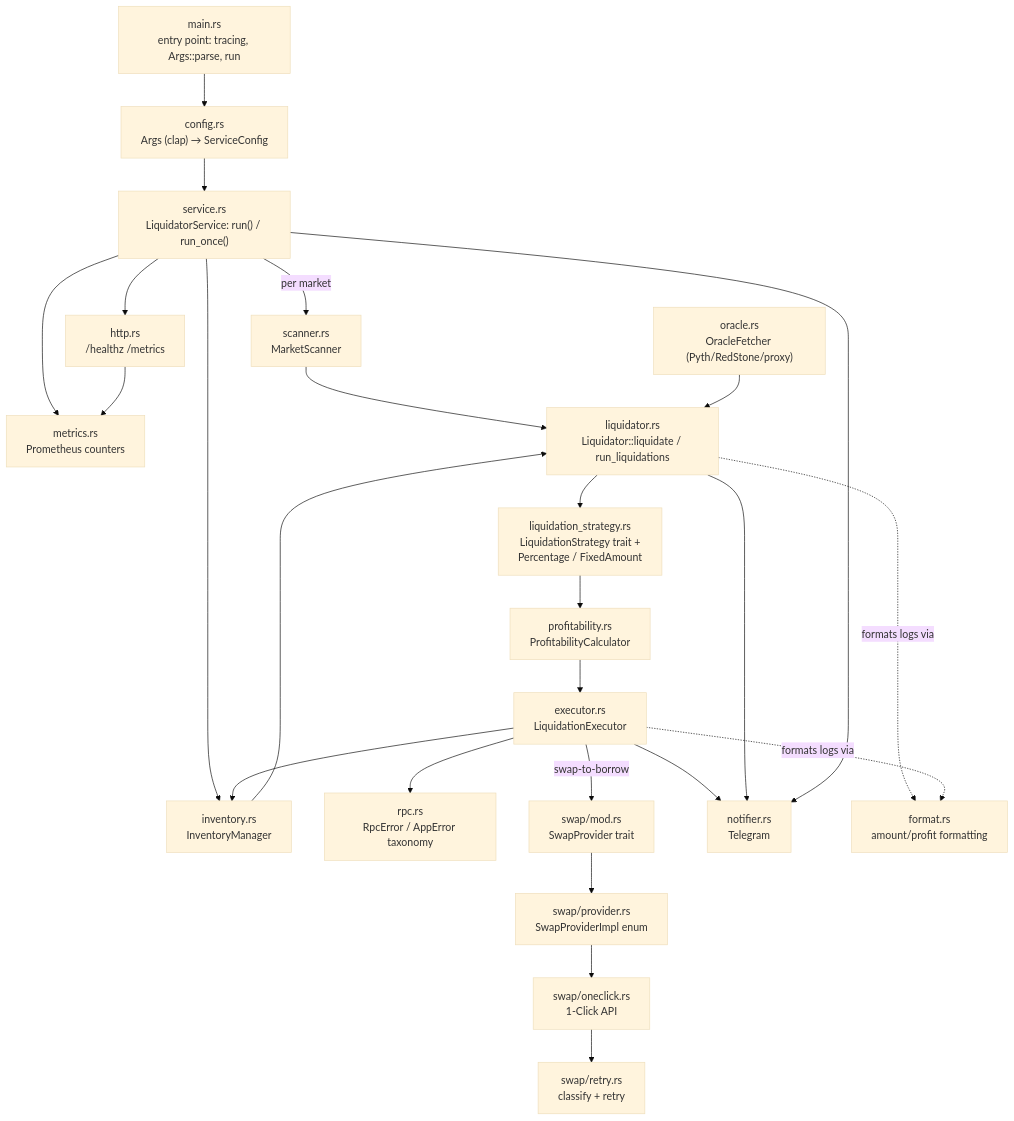
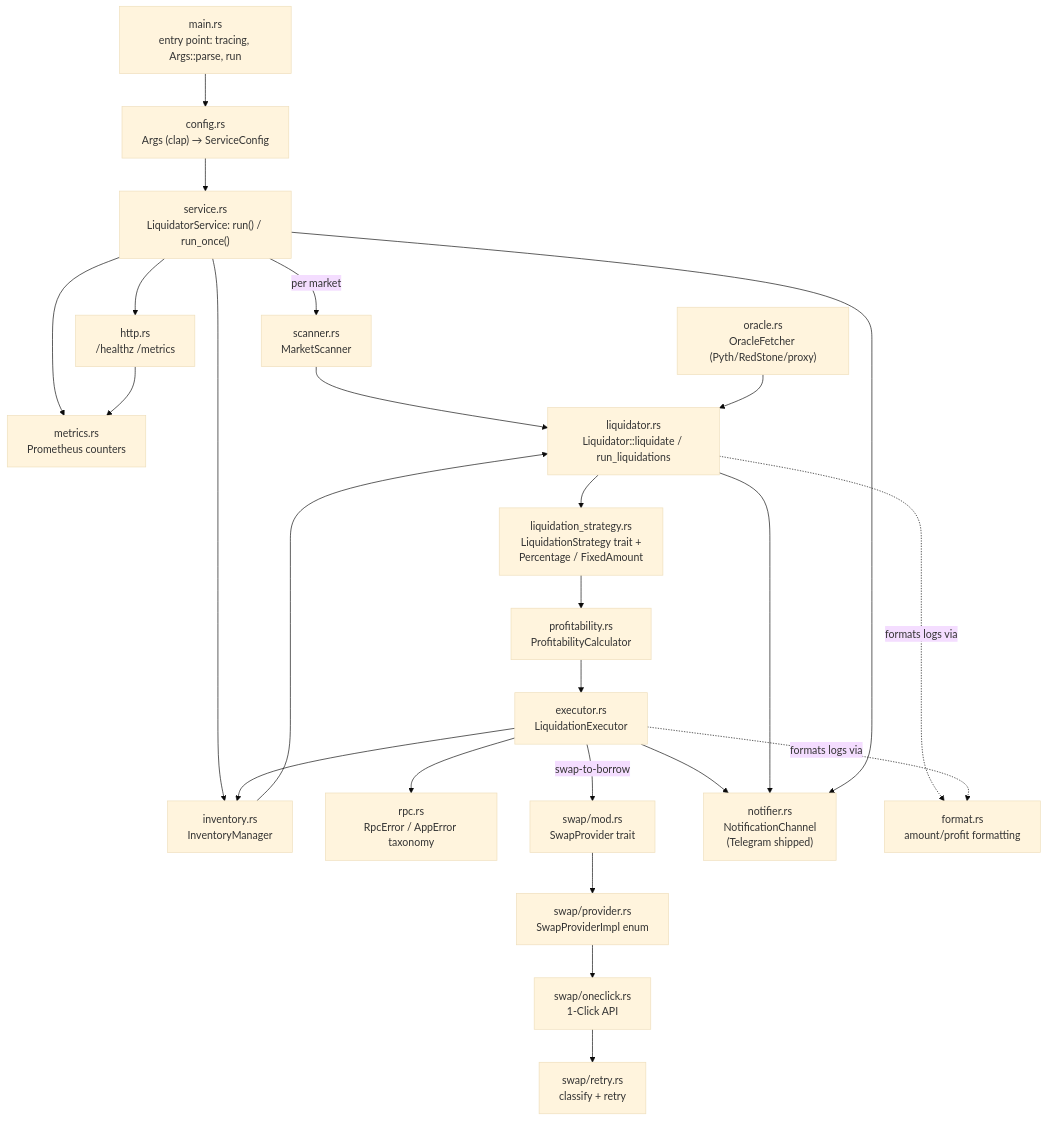
The diagram in docs/architecture.md (Templar-Protocol/templar-liquidator), drawn with Mermaid (base theme) before and after one commit. The commit also changed other lines of this file and 8 other files, not shown here.

````diff
--- a/docs/architecture.md
+++ b/docs/architecture.md
@@ -7,36 +7,36 @@
 ```mermaid
 flowchart TD
     Main["main.rs<br/>entry point: tracing, Args::parse, run"]
     Config["config.rs<br/>Args (clap) → ServiceConfig"]
     Service["service.rs<br/>LiquidatorService: run() / run_once()"]
 
     Main --> Config --> Service
 
     Service -->|per market| Scanner["scanner.rs<br/>MarketScanner"]
     Service --> Inventory["inventory.rs<br/>InventoryManager"]
     Service --> Metrics["metrics.rs<br/>Prometheus counters"]
     Service --> Http["http.rs<br/>/healthz /metrics"]
     Http --> Metrics
 
     Scanner --> Liquidator["liquidator.rs<br/>Liquidator::liquidate / run_liquidations"]
     Oracle["oracle.rs<br/>OracleFetcher (Pyth/RedStone/proxy)"] --> Liquidator
     Inventory --> Liquidator
 
     Liquidator --> Strategy["liquidation_strategy.rs<br/>LiquidationStrategy trait +<br/>Percentage / FixedAmount"]
     Strategy --> Profitability["profitability.rs<br/>ProfitabilityCalculator"]
     Profitability --> Executor["executor.rs<br/>LiquidationExecutor"]
 
     Executor --> Inventory
     Executor --> Rpc["rpc.rs<br/>RpcError / AppError taxonomy"]
     Executor -->|swap-to-borrow| SwapMod["swap/mod.rs<br/>SwapProvider trait"]
     SwapMod --> SwapImpl["swap/provider.rs<br/>SwapProviderImpl enum"]
     SwapImpl --> OneClick["swap/oneclick.rs<br/>1-Click API"]
     OneClick --> Retry["swap/retry.rs<br/>classify + retry"]
 
-    Executor --> Notifier["notifier.rs<br/>Telegram"]
+    Executor --> Notifier["notifier.rs<br/>NotificationChannel<br/>(Telegram shipped)"]
     Liquidator --> Notifier
     Service --> Notifier
 
     Liquidator -.formats logs via.-> Format["format.rs<br/>amount/profit formatting"]
     Executor -.formats logs via.-> Format
 ```
````
